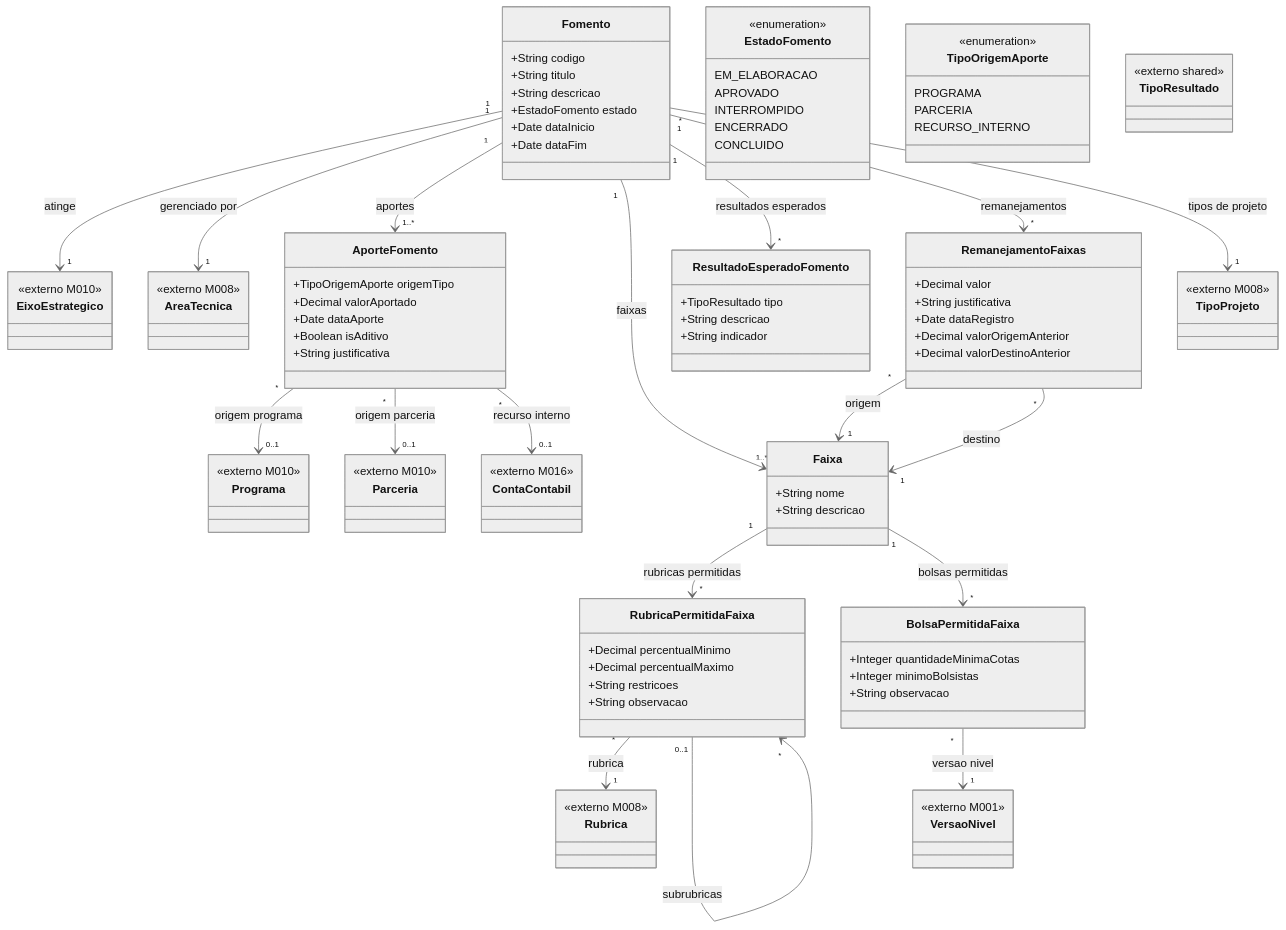
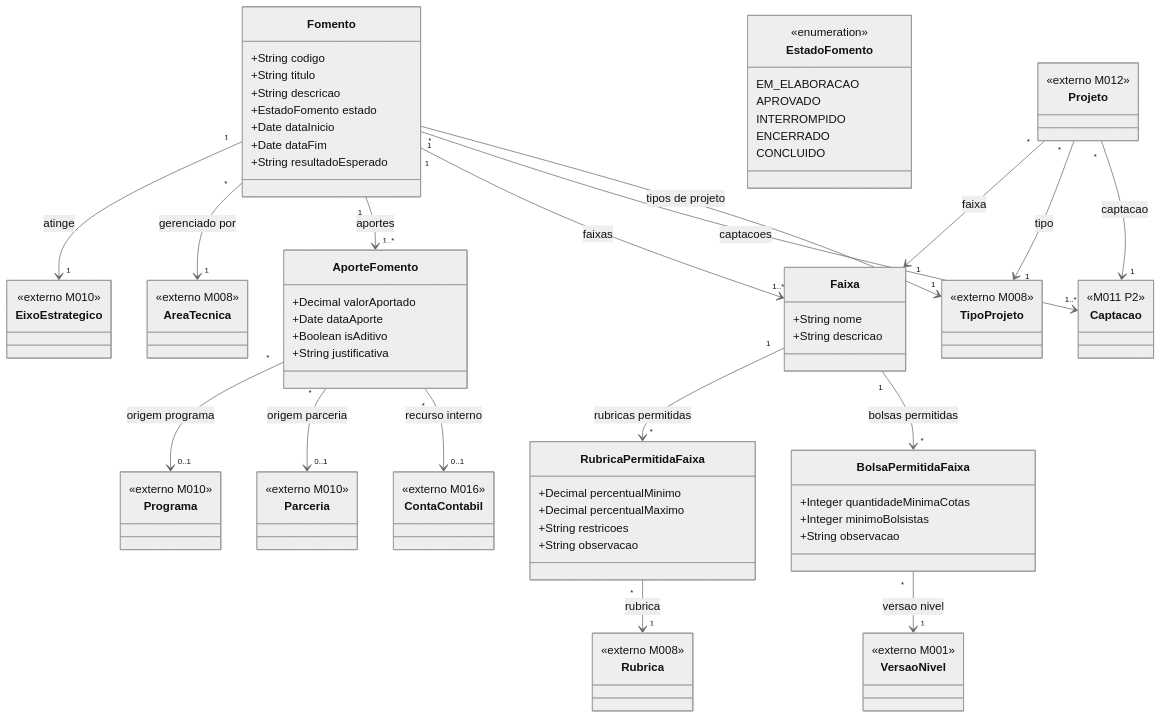
The diagram in docs/implementation/modules/M011-configuracao-captacao/modelo-estrutural/modelo-estrutural-p1-fomento.md (Czzped/conecta-fapes-teste), drawn with Mermaid (neutral theme) before and after one commit. The commit also changed other lines of this file and 5 other files, not shown here.

First line of the commit message:
M011: refatora modelos estruturais P1 e P2, remove ResultadoEsperadoFomento e RemanejamentoFaixas

````diff
--- a/docs/implementation/modules/M011-configuracao-captacao/modelo-estrutural/modelo-estrutural-p1-fomento.md
+++ b/docs/implementation/modules/M011-configuracao-captacao/modelo-estrutural/modelo-estrutural-p1-fomento.md
@@ -17,10 +17,10 @@
         +EstadoFomento estado
         +Date dataInicio
         +Date dataFim
+        +String resultadoEsperado
     }
 
     class AporteFomento {
-        +TipoOrigemAporte origemTipo
         +Decimal valorAportado
         +Date dataAporte
         +Boolean isAditivo
@@ -45,20 +45,6 @@
         +String observacao
     }
 
-    class ResultadoEsperadoFomento {
-        +TipoResultado tipo
-        +String descricao
-        +String indicador
-    }
-
-    class RemanejamentoFaixas {
-        +Decimal valor
-        +String justificativa
-        +Date dataRegistro
-        +Decimal valorOrigemAnterior
-        +Decimal valorDestinoAnterior
-    }
-
     class EstadoFomento {
         <<enumeration>>
         EM_ELABORACAO
@@ -66,17 +52,6 @@
         INTERROMPIDO
         ENCERRADO
         CONCLUIDO
-    }
-
-    class TipoOrigemAporte {
-        <<enumeration>>
-        PROGRAMA
-        PARCERIA
-        RECURSO_INTERNO
-    }
-
-    class TipoResultado {
-        <<externo shared>>
     }
 
     class Programa {
@@ -111,24 +86,31 @@
         <<externo M016>>
     }
 
+    class Captacao {
+        <<M011 P2>>
+    }
+
+    class Projeto {
+        <<externo M012>>
+    }
+
     Fomento "1" --> "1" EixoEstrategico : atinge
-    Fomento "1" --> "1" AreaTecnica : gerenciado por
+    Fomento "*" --> "1" AreaTecnica : gerenciado por
     Fomento "1" --> "1..*" AporteFomento : aportes
     Fomento "1" --> "1..*" Faixa : faixas
-    Fomento "1" --> "*" ResultadoEsperadoFomento : resultados esperados
-    Fomento "1" --> "*" RemanejamentoFaixas : remanejamentos
+    Fomento "1" --> "1..*" Captacao : captacoes
     Fomento "*" --> "1" TipoProjeto : tipos de projeto
 
     AporteFomento "*" --> "0..1" Programa : origem programa
     AporteFomento "*" --> "0..1" Parceria : origem parceria
     AporteFomento "*" --> "0..1" ContaContabil : recurso interno
 
+    Projeto "*" --> "1" Faixa : faixa
+    Projeto "*" --> "1" TipoProjeto : tipo
+    Projeto "*" --> "1" Captacao : captacao
+
     Faixa "1" --> "*" RubricaPermitidaFaixa : rubricas permitidas
     Faixa "1" --> "*" BolsaPermitidaFaixa : bolsas permitidas
     RubricaPermitidaFaixa "*" --> "1" Rubrica : rubrica
-    RubricaPermitidaFaixa "0..1" --> "*" RubricaPermitidaFaixa : subrubricas
     BolsaPermitidaFaixa "*" --> "1" VersaoNivel : versao nivel
-
-    RemanejamentoFaixas "*" --> "1" Faixa : origem
-    RemanejamentoFaixas "*" --> "1" Faixa : destino
 ```
````
